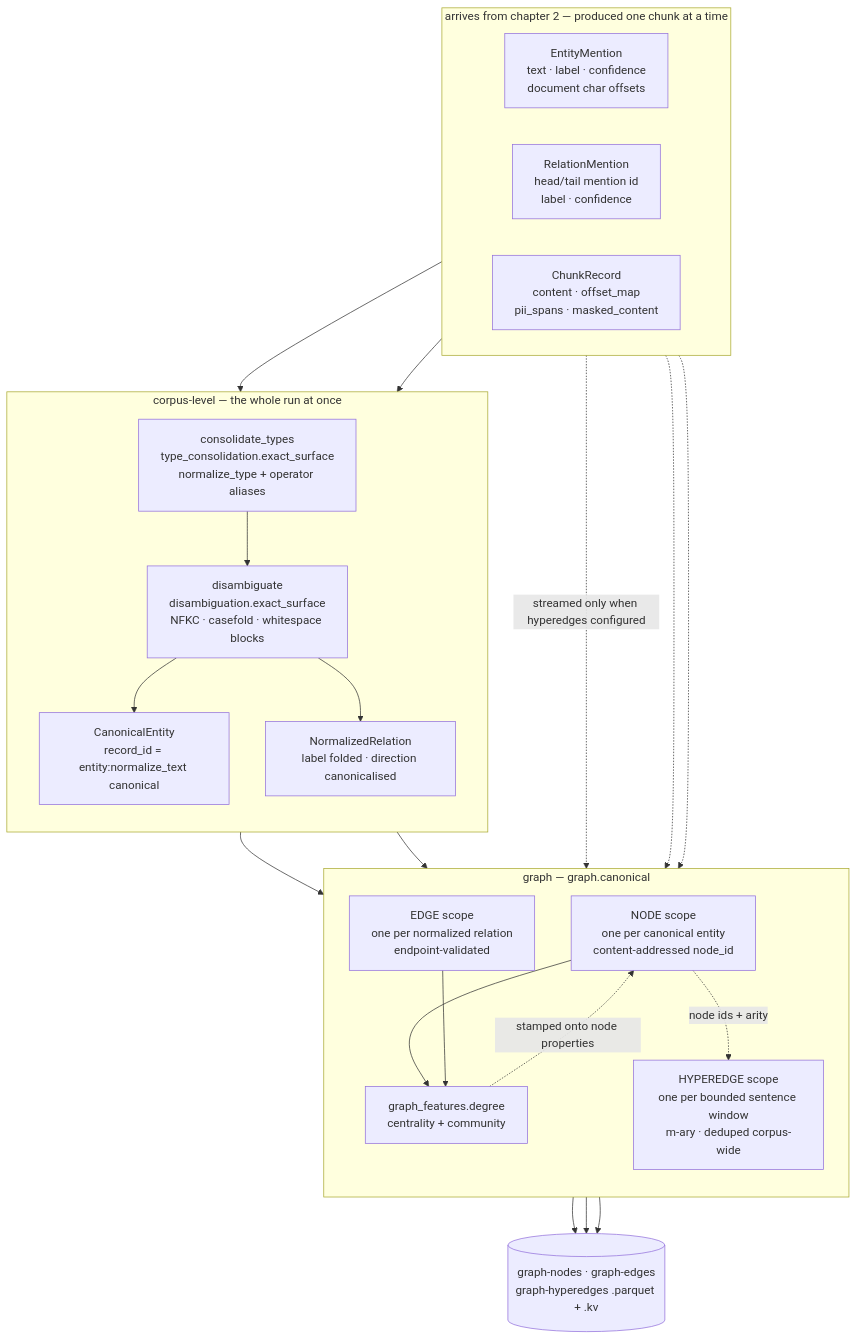
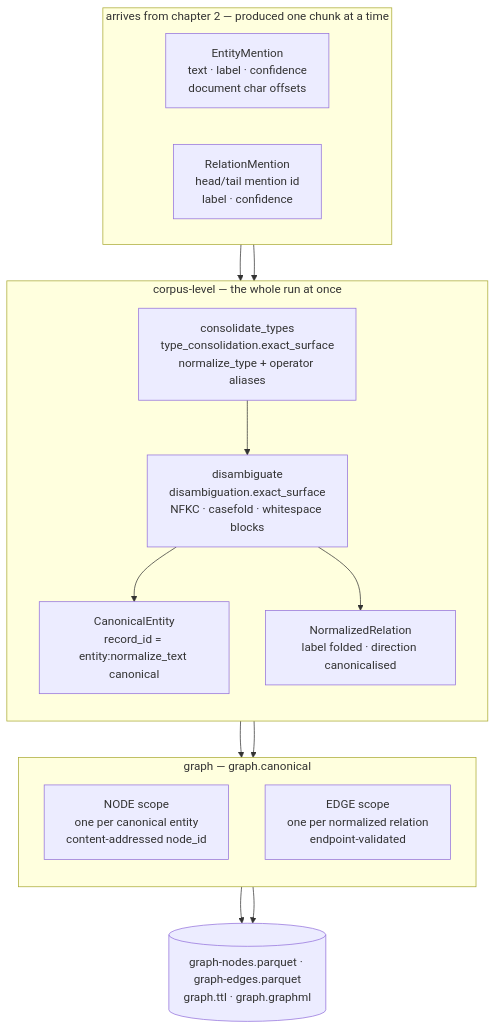
The diagram in docs/anatomy/03-corpus-to-knowledge-graph.md (ddickmann/latence), drawn with Mermaid before and after one commit. The commit also changed other lines of this file and 1 other file, not shown here.

First line of the commit message:
anatomy chapter 3: describe graph assembly as the code has it now

````diff
--- a/docs/anatomy/03-corpus-to-knowledge-graph.md
+++ b/docs/anatomy/03-corpus-to-knowledge-graph.md
@@ -137,44 +133,33 @@
 ```mermaid
 flowchart TB
     subgraph Arrives["arrives from chapter 2 — produced one chunk at a time"]
         direction LR
         MEN["EntityMention<br/>text · label · confidence<br/>document char offsets"]
         REL["RelationMention<br/>head/tail mention id<br/>label · confidence"]
-        CHK["ChunkRecord<br/>content · offset_map<br/>pii_spans · masked_content"]
     end
 
     subgraph Resolve["corpus-level — the whole run at once"]
         direction TB
         TC["consolidate_types<br/>type_consolidation.exact_surface<br/>normalize_type + operator aliases"]
         DIS["disambiguate<br/>disambiguation.exact_surface<br/>NFKC · casefold · whitespace blocks"]
         CE["CanonicalEntity<br/>record_id = entity:normalize_text canonical"]
         NR["NormalizedRelation<br/>label folded · direction canonicalised"]
         TC --> DIS
         DIS --> CE
         DIS --> NR
     end
 
     subgraph Assemble["graph — graph.canonical"]
         direction TB
         NODE["NODE scope<br/>one per canonical entity<br/>content-addressed node_id"]
         EDGE["EDGE scope<br/>one per normalized relation<br/>endpoint-validated"]
-        HYPE["HYPEREDGE scope<br/>one per bounded sentence window<br/>m-ary · deduped corpus-wide"]
-        GF["graph_features.degree<br/>centrality + community"]
     end
 
     MEN --> TC
     REL --> TC
     CE --> NODE
     NR --> EDGE
-    NODE --> GF
-    EDGE --> GF
-    GF -.->|stamped onto node properties| NODE
-    CHK -.->|streamed only when hyperedges configured| HYPE
-    MEN -.-> HYPE
-    REL -.-> HYPE
-    NODE -.->|node ids + arity| HYPE
 
-    NODE --> OUT[("graph-nodes · graph-edges<br/>graph-hyperedges .parquet + .kv")]
+    NODE --> OUT[("graph-nodes.parquet · graph-edges.parquet<br/>graph.ttl · graph.graphml")]
     EDGE --> OUT
-    HYPE --> OUT
 ```
````
